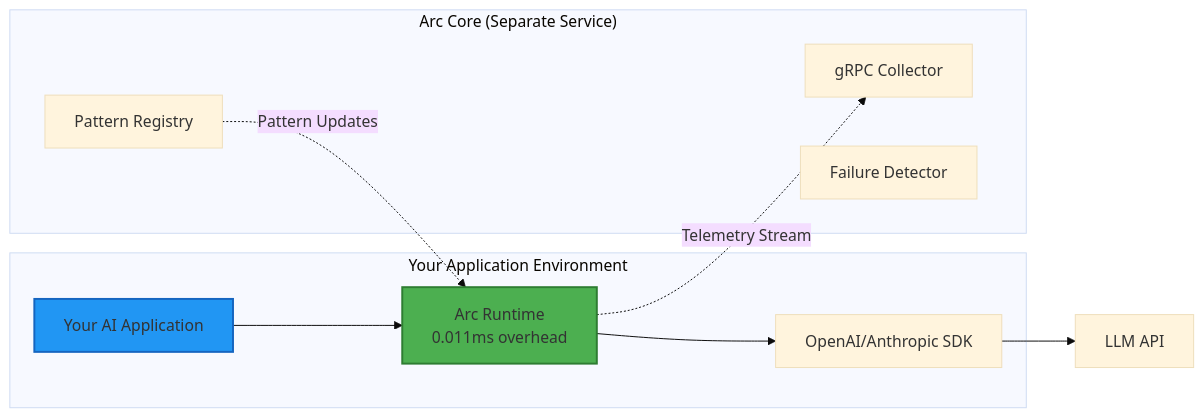
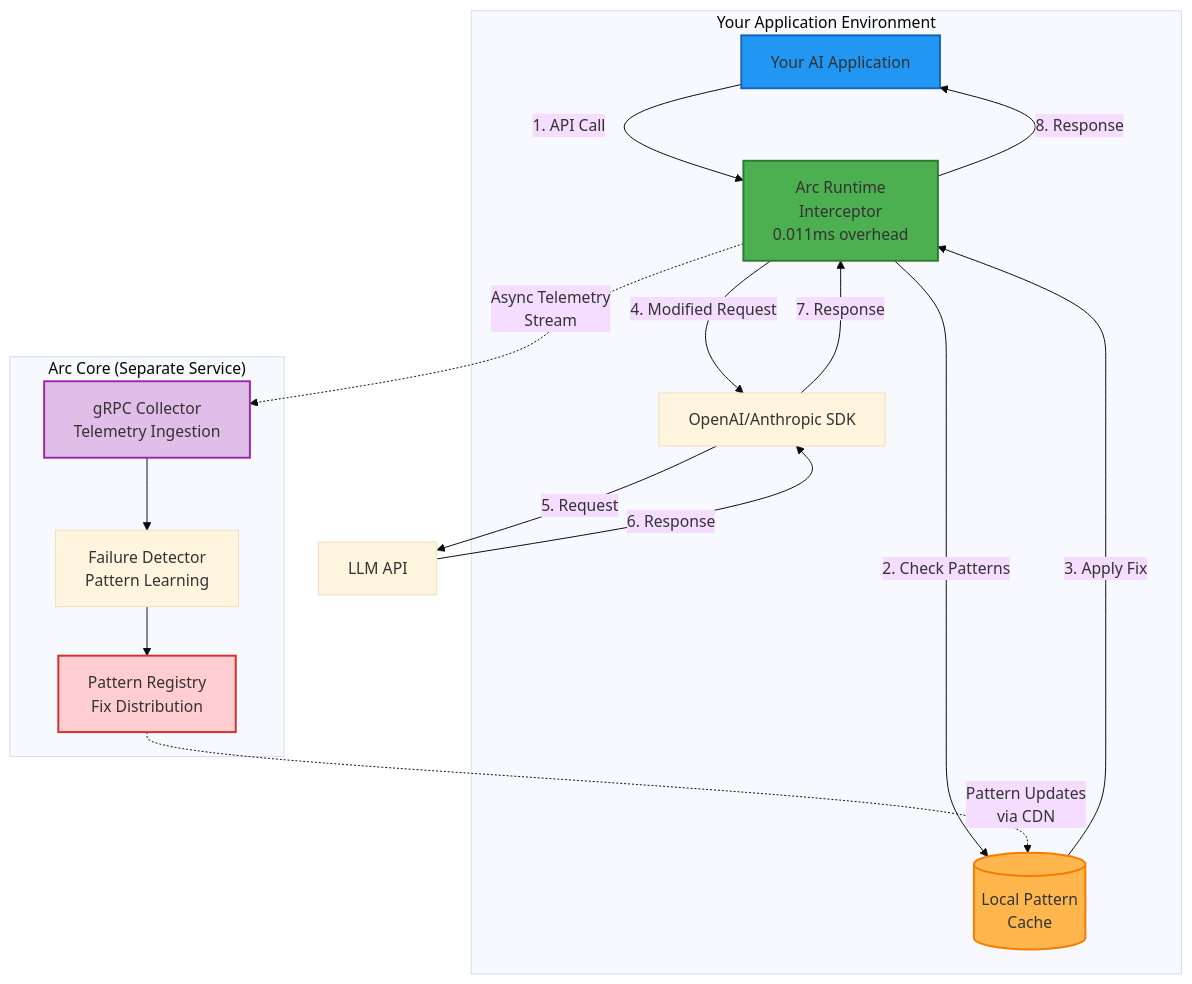
One commit to Arc-Computer/runtime changed the diagram in README.md. Above: the diagram before and after it, drawn with Mermaid (base theme).

````diff
--- a/README.md
+++ b/README.md
@@ -33,25 +33,37 @@
 ```mermaid
-graph LR
+graph TB
     subgraph "Your Application Environment"
         App[Your AI Application]
-        Arc[Arc Runtime<br/>0.011ms overhead]
-        LLM[OpenAI/Anthropic SDK]
+        Arc[Arc Runtime<br/>Interceptor<br/>0.011ms overhead]
+        SDK[OpenAI/Anthropic SDK]
+        Cache[(Local Pattern<br/>Cache)]
         
-        App --> Arc
-        Arc --> LLM
+        App -->|1. API Call| Arc
+        Arc -->|2. Check Patterns| Cache
+        Cache -->|3. Apply Fix| Arc
+        Arc -->|4. Modified Request| SDK
     end
     
+    SDK -->|5. Request| API[LLM API]
+    API -->|6. Response| SDK
+    SDK -->|7. Response| Arc
+    Arc -->|8. Response| App
+    
     subgraph "Arc Core (Separate Service)"
-        Collector[gRPC Collector]
-        Detector[Failure Detector]
-        Registry[Pattern Registry]
+        Collector[gRPC Collector<br/>Telemetry Ingestion]
+        Detector[Failure Detector<br/>Pattern Learning]
+        Registry[Pattern Registry<br/>Fix Distribution]
         
-        Arc -.->|Telemetry Stream| Collector
-        Registry -.->|Pattern Updates| Arc
+        Collector --> Detector
+        Detector --> Registry
     end
     
-    LLM --> API[LLM API]
+    Arc -.->|Async Telemetry<br/>Stream| Collector
+    Registry -.->|Pattern Updates<br/>via CDN| Cache
     
     style Arc fill:#4CAF50,stroke:#2E7D32,stroke-width:2px
     style App fill:#2196F3,stroke:#1565C0,stroke-width:2px
+    style Cache fill:#FFB74D,stroke:#F57C00,stroke-width:2px
+    style Collector fill:#E1BEE7,stroke:#9C27B0,stroke-width:2px
+    style Registry fill:#FFCDD2,stroke:#D32F2F,stroke-width:2px
 ```
````
